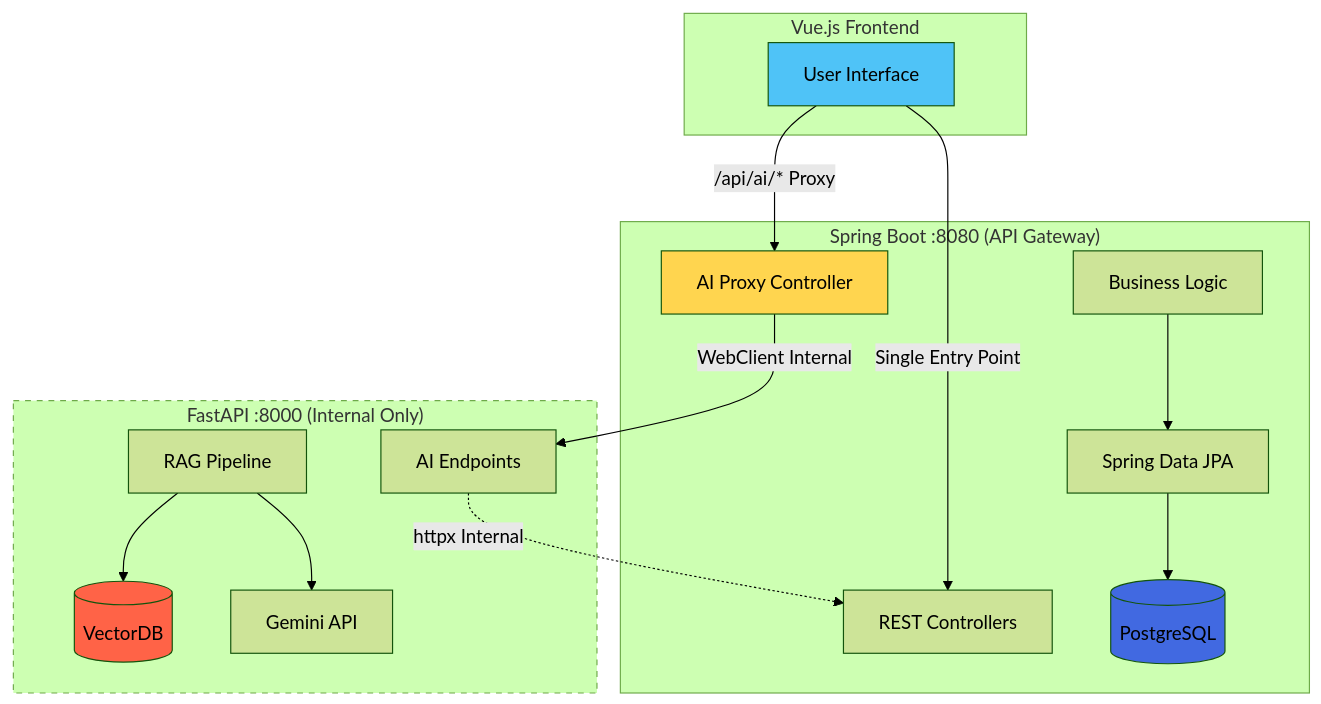
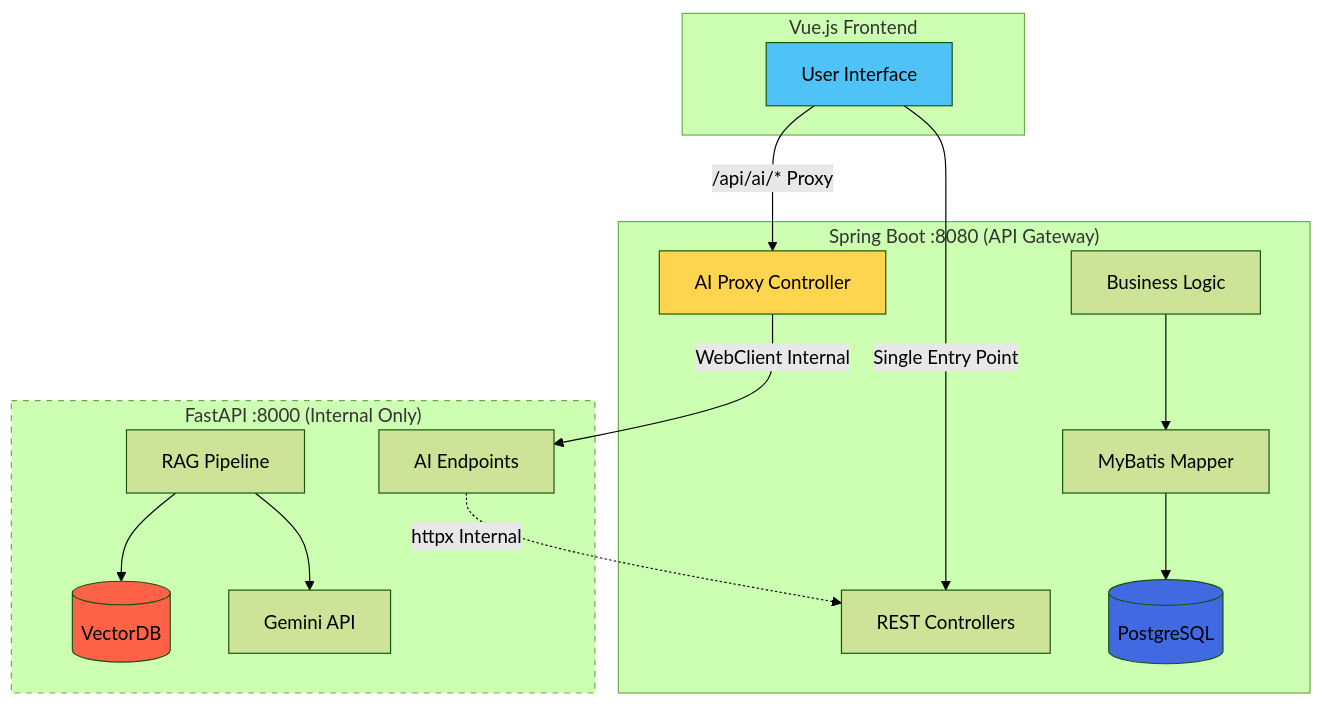
The second of 7 diagrams in architecture.md (SideProjectSFY/gajiFE), drawn with Mermaid (forest theme) before and after one commit. The commit also changed other lines of this file and 15 other files, not shown here.

Commit message:
refactor: Migrate from Spring Data JPA to MyBatis for database access across multiple documents

````diff
--- a/architecture.md
+++ b/architecture.md
@@ -640,39 +640,39 @@
 ```mermaid
 graph TB
     subgraph Frontend["Vue.js Frontend"]
         UI[User Interface]
     end
 
     subgraph SpringBoot["Spring Boot :8080 (API Gateway)"]
         API1[REST Controllers]
         PROXY[AI Proxy Controller]
         BIZ[Business Logic]
-        JPA[Spring Data JPA]
+        MYBATIS[MyBatis Mapper]
         PG[(PostgreSQL)]
     end
 
     subgraph FastAPI["FastAPI :8000 (Internal Only)"]
         API2[AI Endpoints]
         RAG[RAG Pipeline]
         VDB[(VectorDB)]
         GEMINI[Gemini API]
     end
 
     UI -->|Single Entry Point| API1
     UI -->|/api/ai/* Proxy| PROXY
 
     PROXY -->|WebClient Internal| API2
     API2 -.->|httpx Internal| API1
 
-    BIZ --> JPA
-    JPA --> PG
+    BIZ --> MYBATIS
+    MYBATIS --> PG
 
     RAG --> VDB
     RAG --> GEMINI
 
     style UI fill:#4FC3F7
     style PROXY fill:#FFD54F
     style PG fill:#4169E1
     style VDB fill:#FF6347
     style FastAPI stroke-dasharray: 5 5
 ```
````
